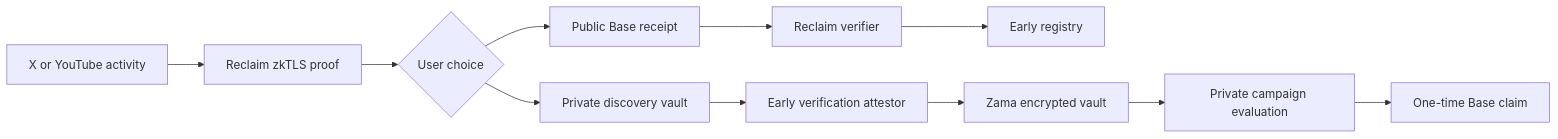
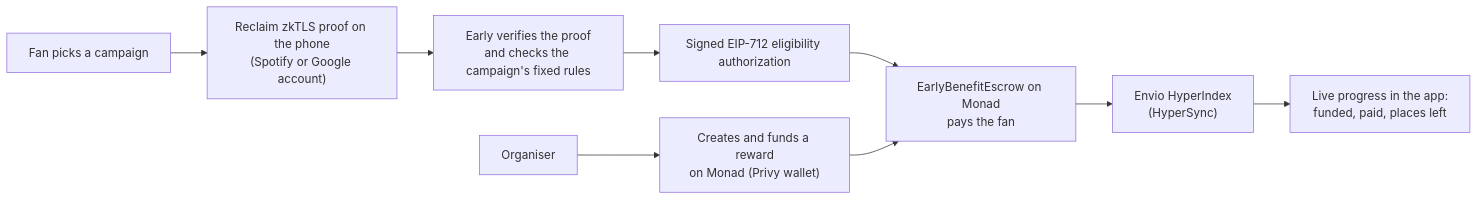
One commit to wamimi/Earlyy changed the diagram in README.md. Above: the diagram before and after it, drawn with Mermaid. The commit also changed other lines of this file and 1 other file, not shown here.

Commit message:
docs: rewrite README for the Monad submission

````diff
--- a/README.md
+++ b/README.md
@@ -19,13 +38,11 @@
 ```mermaid
 flowchart LR
-    A["X or YouTube activity"] --> B["Reclaim zkTLS proof"]
-    B --> C{"User choice"}
-    C --> D["Public Base receipt"]
-    C --> E["Private discovery vault"]
-    D --> F["Reclaim verifier"]
-    F --> G["Early registry"]
-    E --> H["Early verification attestor"]
-    H --> I["Zama encrypted vault"]
-    I --> J["Private campaign evaluation"]
-    J --> K["One-time Base claim"]
+    A["Fan picks a campaign"] --> B["Reclaim zkTLS proof on the phone<br/>(Spotify or Google account)"]
+    B --> C["Early verifies the proof<br/>and checks the campaign's fixed rules"]
+    C --> D["Signed EIP-712 eligibility authorization"]
+    D --> E["EarlyBenefitEscrow on Monad<br/>pays the fan"]
+    E --> F["Envio HyperIndex<br/>(HyperSync)"]
+    F --> G["Live progress in the app:<br/>funded, paid, places left"]
+    O["Organiser"] --> H["Creates and funds a reward<br/>on Monad (Privy wallet)"]
+    H --> E
 ```
````
